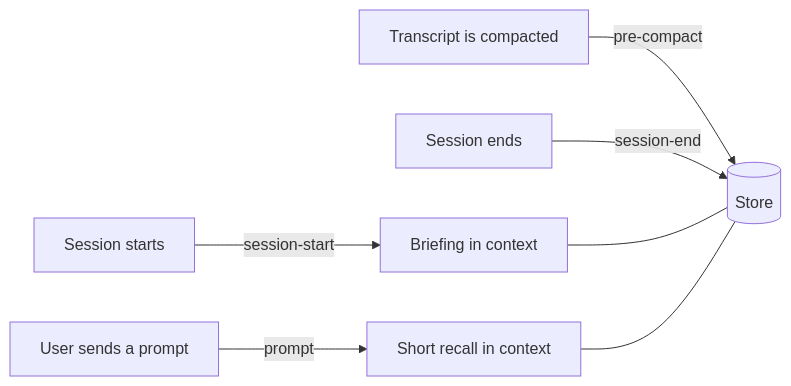
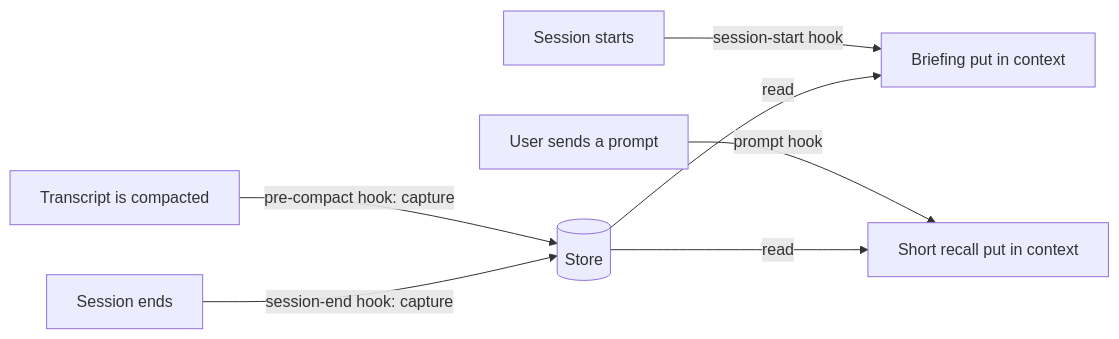
Before and after one commit to jamesking-us/memoryking: the second of 4 diagrams in docs/design.md, drawn with Mermaid. The commit also changed other lines of this file, not shown here.

Commit message:
Design document: the hooks diagram shows which way memory flows; shorter platform label
Claude-Session: https://claude.ai/code/session_01VWiVZBjBDt2EPj8TaYR9LD

````diff
--- a/docs/design.md
+++ b/docs/design.md
@@ -57,9 +57,9 @@
 ```mermaid
 flowchart LR
-    S[Session starts] -->|session-start| B[Briefing in context]
-    P[User sends a prompt] -->|prompt| R[Short recall in context]
-    C[Transcript is compacted] -->|pre-compact| M[(Store)]
-    E[Session ends] -->|session-end| M
-    B --- M
-    R --- M
+    S[Session starts] -->|session-start hook| B[Briefing put in context]
+    P[User sends a prompt] -->|prompt hook| R[Short recall put in context]
+    M[(Store)] -->|read| B
+    M -->|read| R
+    C[Transcript is compacted] -->|pre-compact hook: capture| M
+    E[Session ends] -->|session-end hook: capture| M
 ```
````
